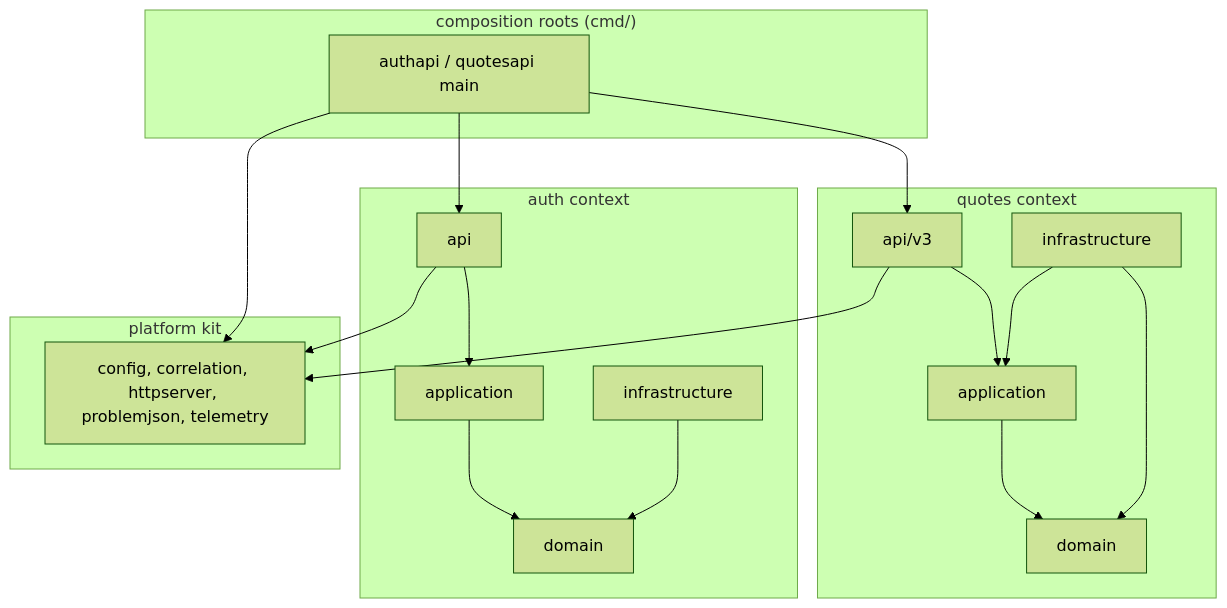
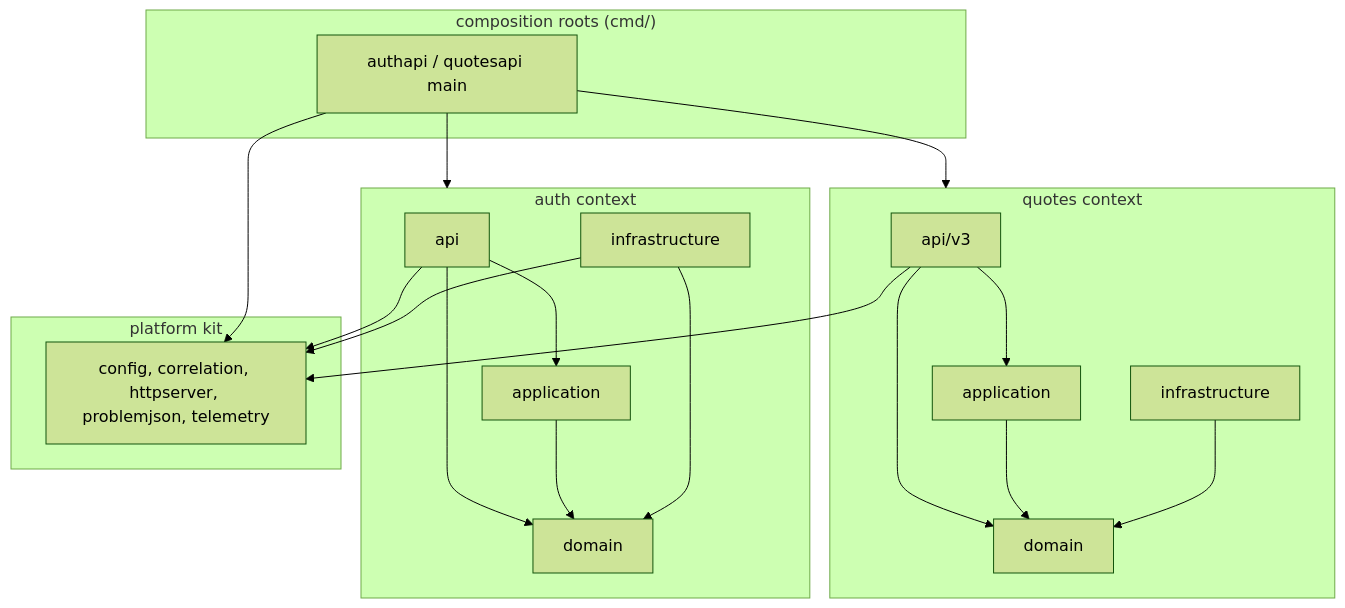
Before and after one commit to josnelihurt/code.examples.go.quotes: the second of 2 diagrams in docs/architecture.md, drawn with Mermaid (forest theme). The commit also changed other lines of this file and 3 other files, not shown here.

````diff
--- a/docs/architecture.md
+++ b/docs/architecture.md
@@ -74,34 +75,36 @@
 ```mermaid
 flowchart TD
   subgraph composition ["composition roots (cmd/)"]
     root["authapi / quotesapi main"]
   end
   subgraph quotes ["quotes context"]
     qapi["api/v3"]
     qapp["application"]
     qdom["domain"]
     qinfra["infrastructure"]
   end
   subgraph auth ["auth context"]
     aapi["api"]
     aapp["application"]
     adom["domain"]
     ainfra["infrastructure"]
   end
   subgraph platform ["platform kit"]
     plat["config, correlation, httpserver, problemjson, telemetry"]
   end
 
-  root --> qapi
-  root --> aapi
+  root --> quotes
+  root --> auth
   root --> plat
   qapi --> qapp
+  qapi --> qdom
+  qapi --> plat
   qapp --> qdom
   qinfra --> qdom
-  qinfra --> qapp
   aapi --> aapp
+  aapi --> adom
+  aapi --> plat
   aapp --> adom
   ainfra --> adom
-  qapi --> plat
-  aapi --> plat
+  ainfra --> plat
 ```
````
